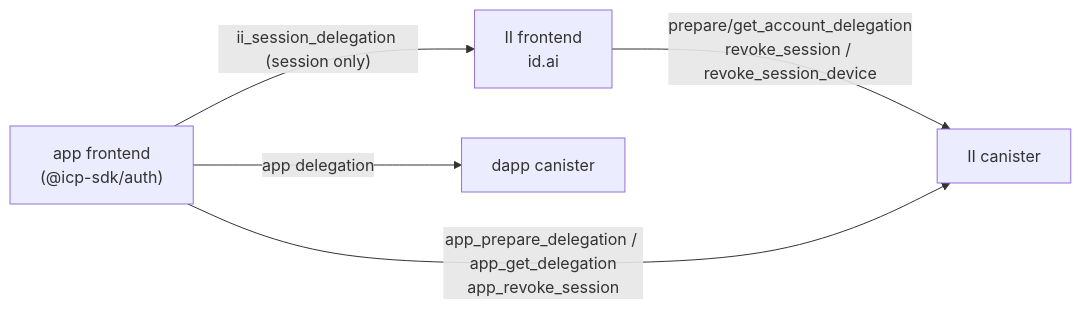
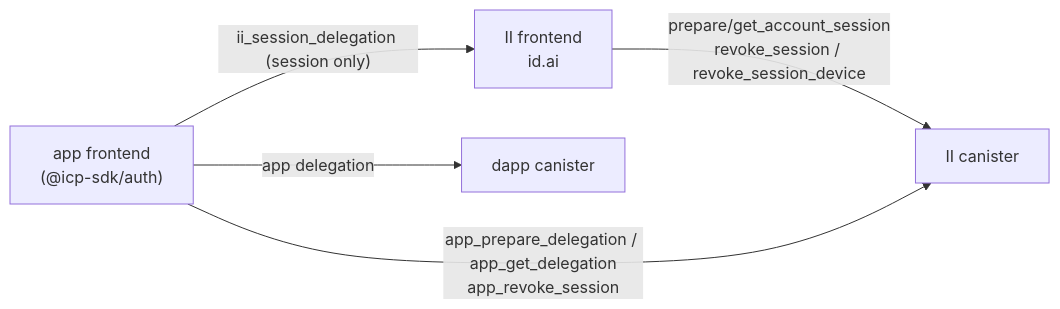
Before and after one commit to dfinity/internet-identity: the first of 7 diagrams in docs/ongoing/revocable-app-sessions.md, drawn with Mermaid. The commit also changed other lines of this file, not shown here.

First line of the commit message:
docs: sessions get their own prepare/get pair

````diff
--- a/docs/ongoing/revocable-app-sessions.md
+++ b/docs/ongoing/revocable-app-sessions.md
@@ -67,12 +67,12 @@
 ```mermaid
 flowchart LR
     App["app frontend<br/>(@icp-sdk/auth)"]
     IIF["II frontend<br/>id.ai"]
     IIC["II canister"]
     DC["dapp canister"]
 
     App -->|"ii_session_delegation (session only)"| IIF
-    IIF -->|"prepare/get_account_delegation<br/>revoke_session / revoke_session_device"| IIC
+    IIF -->|"prepare/get_account_session<br/>revoke_session / revoke_session_device"| IIC
     App -->|"app_prepare_delegation / app_get_delegation<br/>app_revoke_session"| IIC
     App -->|"app delegation"| DC
 ```
````
